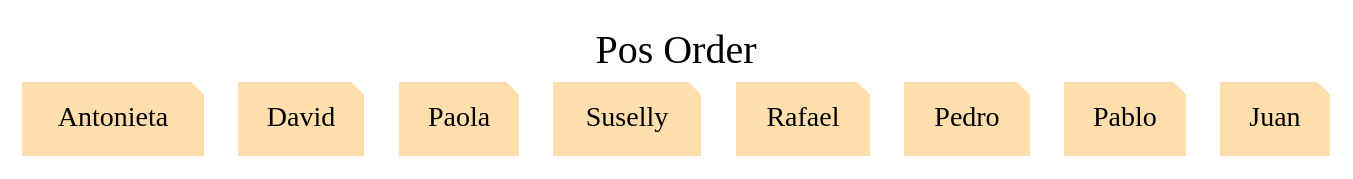
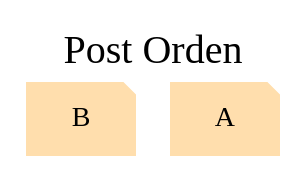
One commit to JoseMorente98/EDD-Proyecto-1 changed the diagram in EDD_1S2020_PY1_201801237/PosOrden.dot. Above: the diagram before and after it, drawn with Graphviz. The commit also changed 48 other files, not shown here.

```diff
--- a/EDD_1S2020_PY1_201801237/PosOrden.dot
+++ b/EDD_1S2020_PY1_201801237/PosOrden.dot
@@ -1,13 +1,7 @@
 digraph ArbolBinario {
 	rankdir=TB;
 	node[shape = note, fontcolor = black, style = filled, color = navajowhite];
-	graph[label = "Pos Order", labelloc = t, fontsize = 20];
-Object6[label = " Antonieta"];
-Object4[label = " David"];
-Object8[label = " Paola"];
-Object7[label = " Suselly"];
-Object5[label = " Rafael"];
-Object3[label = " Pedro"];
-Object2[label = " Pablo"];
-Object1[label = " Juan"];
+	graph[label = "Post Orden", labelloc = t, fontsize = 20];
+Object2[label = " B"];
+Object1[label = " A"];
 }
```
